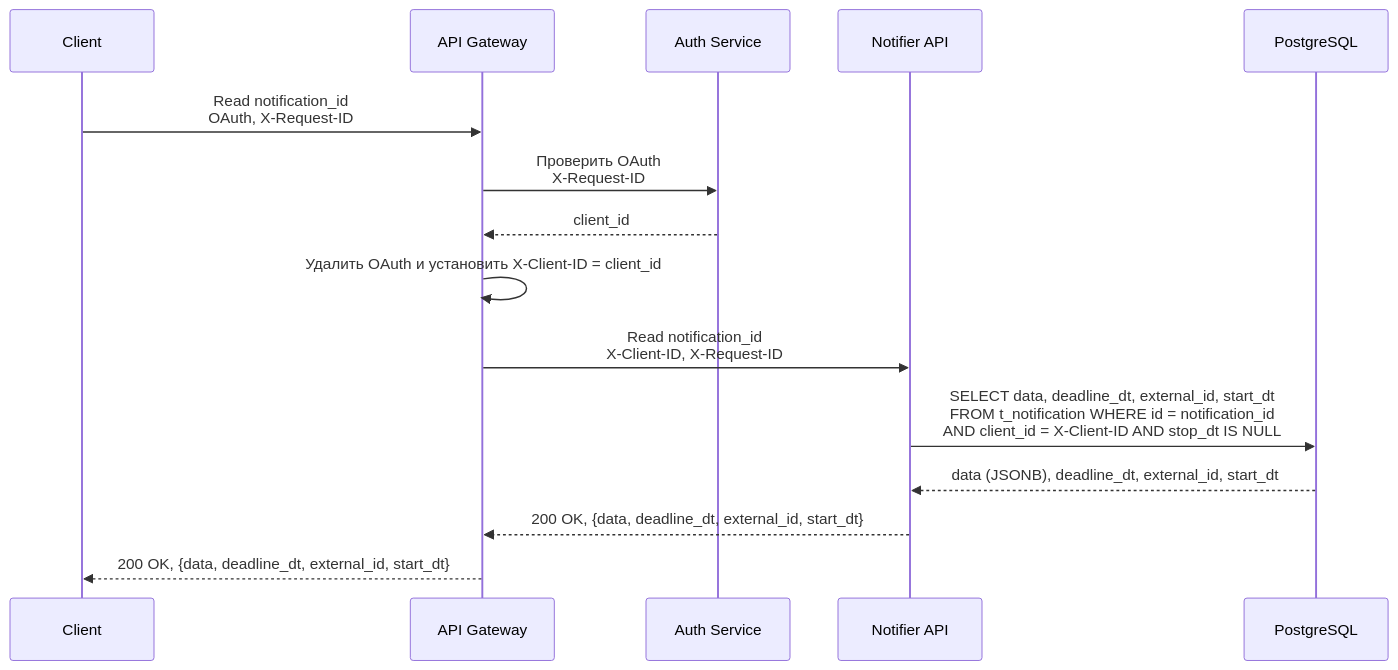
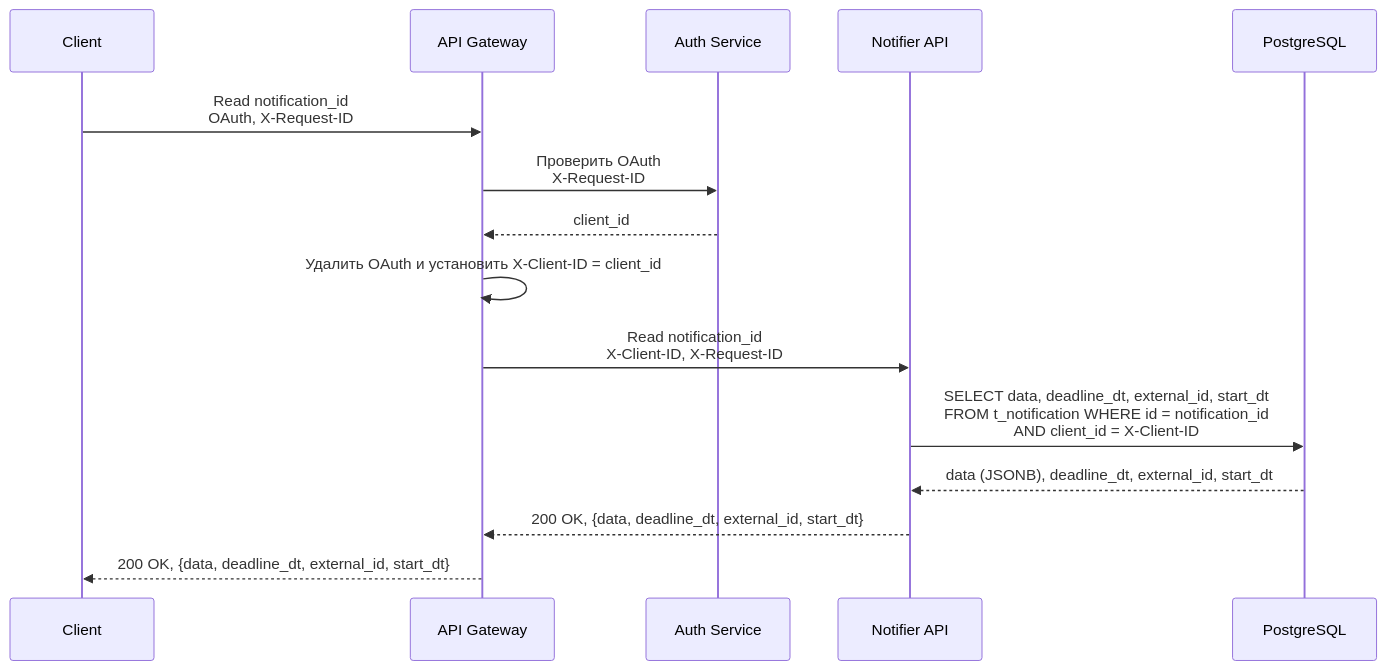
One commit to ssunshineguy/notifier changed the second of 6 diagrams in README.md. Above: the diagram before and after it, drawn with Mermaid. The commit also changed other lines of this file and 9 other files, not shown here.

````diff
--- a/README.md
+++ b/README.md
@@ -64,18 +64,18 @@
 ```mermaid
 sequenceDiagram
     participant C as Client
     participant G as API Gateway
     participant A as Auth Service
     participant N as Notifier API
     participant DB as PostgreSQL
 
     C->>G: Read notification_id<br/>OAuth, X-Request-ID
     G->>A: Проверить OAuth<br/>X-Request-ID
     A-->>G: client_id
     G->>G: Удалить OAuth и установить X-Client-ID = client_id
     G->>N: Read notification_id<br/>X-Client-ID, X-Request-ID
-    N->>DB: SELECT data, deadline_dt, external_id, start_dt<br/>FROM t_notification WHERE id = notification_id<br/>AND client_id = X-Client-ID AND stop_dt IS NULL
+    N->>DB: SELECT data, deadline_dt, external_id, start_dt<br/>FROM t_notification WHERE id = notification_id<br/>AND client_id = X-Client-ID
     DB-->>N: data (JSONB), deadline_dt, external_id, start_dt
     N-->>G: 200 OK, {data, deadline_dt, external_id, start_dt}
     G-->>C: 200 OK, {data, deadline_dt, external_id, start_dt}
 ```
````
